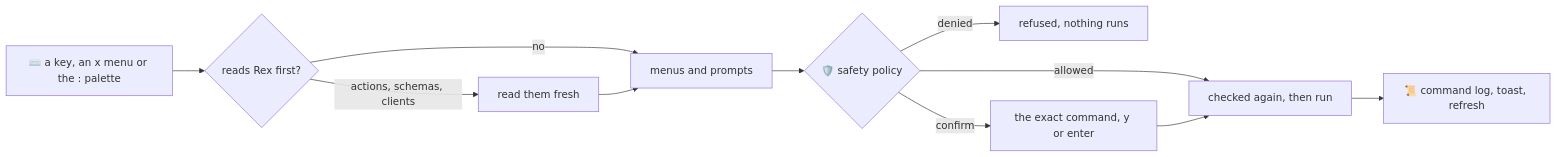
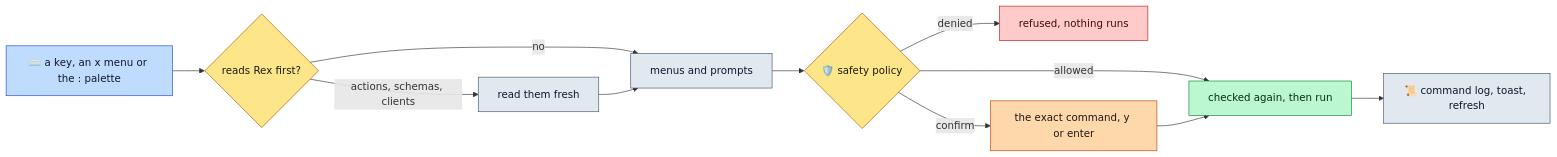
One commit to rbobillot/lazyrex changed the diagram in docs/actions.md. Above: the diagram before and after it, drawn with Mermaid. The commit also changed 11 other files, not shown here.

Commit message:
docs: color the mermaid diagrams

````diff
--- a/docs/actions.md
+++ b/docs/actions.md
@@ -7,13 +7,26 @@
 ```mermaid
 flowchart LR
     start["⌨️ a key, an x menu or the : palette"] --> reads{"reads Rex first?"}
     reads -->|"actions, schemas, clients"| fresh["read them fresh"]
     reads -->|"no"| form
     fresh --> form["menus and prompts"]
     form --> policy{"🛡️ safety policy"}
     policy -->|"denied"| refused["refused, nothing runs"]
     policy -->|"confirm"| confirm["the exact command, y or enter"]
     policy -->|"allowed"| run
     confirm --> run["checked again, then run"]
     run --> log["📜 command log, toast, refresh"]
+    classDef entry fill:#bfdbfe,stroke:#1d4ed8,color:#0f172a
+    classDef step fill:#e2e8f0,stroke:#475569,color:#0f172a
+    classDef decision fill:#fde68a,stroke:#b45309,color:#1c1917
+    classDef caution fill:#fed7aa,stroke:#c2410c,color:#1c1917
+    classDef success fill:#bbf7d0,stroke:#15803d,color:#052e16
+    classDef failure fill:#fecaca,stroke:#b91c1c,color:#450a0a
+    classDef rexside fill:#99f6e4,stroke:#0f766e,color:#042f2e
+    class start entry
+    class reads,policy decision
+    class fresh,form,log step
+    class confirm caution
+    class run success
+    class refused failure
 ```
````
